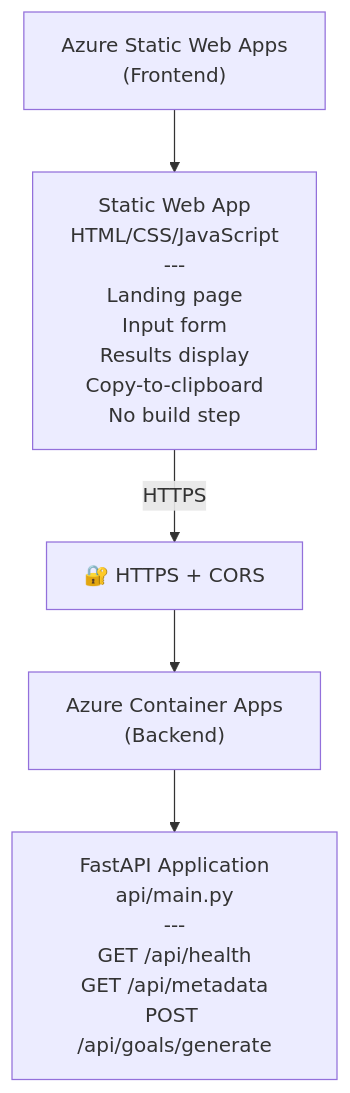
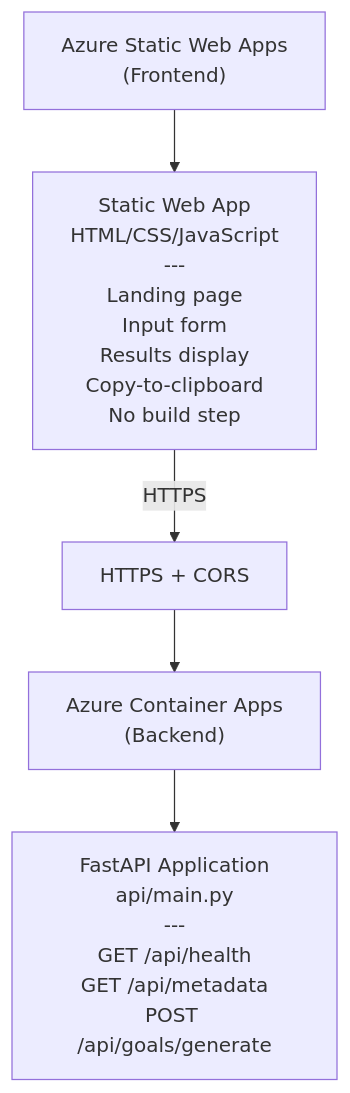
The diagram in docs/architecture/overview.md (optimull-prime/my_impact), drawn with Mermaid before and after one commit. The commit also changed other lines of this file and 34 other files, not shown here.

````diff
--- a/docs/architecture/overview.md
+++ b/docs/architecture/overview.md
@@ -7,15 +15,15 @@
 ```mermaid
 graph TD
     A["Azure Static Web Apps<br/>(Frontend)"]
     B["Static Web App<br/>HTML/CSS/JavaScript<br/>---<br/>Landing page<br/>Input form<br/>Results display<br/>Copy-to-clipboard<br/>No build step"]
     
-    C["🔐 HTTPS + CORS"]
+    C["HTTPS + CORS"]
     
     D["Azure Container Apps<br/>(Backend)"]
     E["FastAPI Application<br/>api/main.py<br/>---<br/>GET /api/health<br/>GET /api/metadata<br/>POST /api/goals/generate"]
     
     A --> B
     B -->|HTTPS| C
     C --> D
     D --> E
 ```
````
